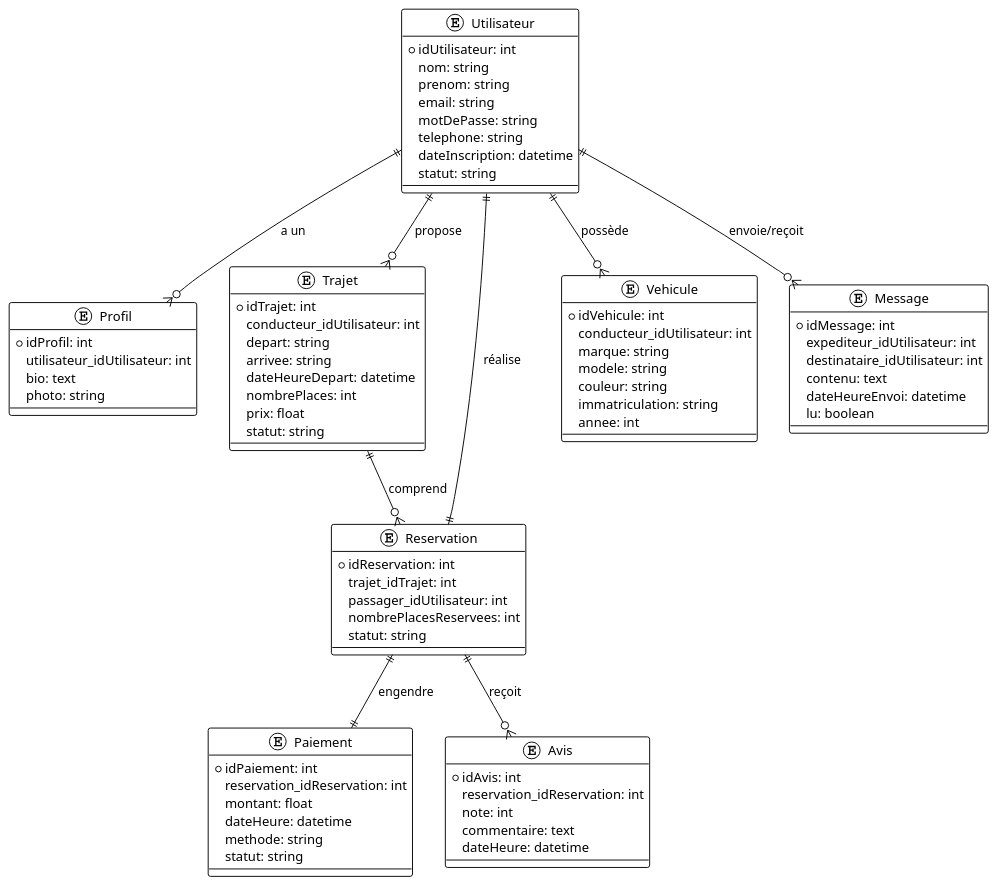
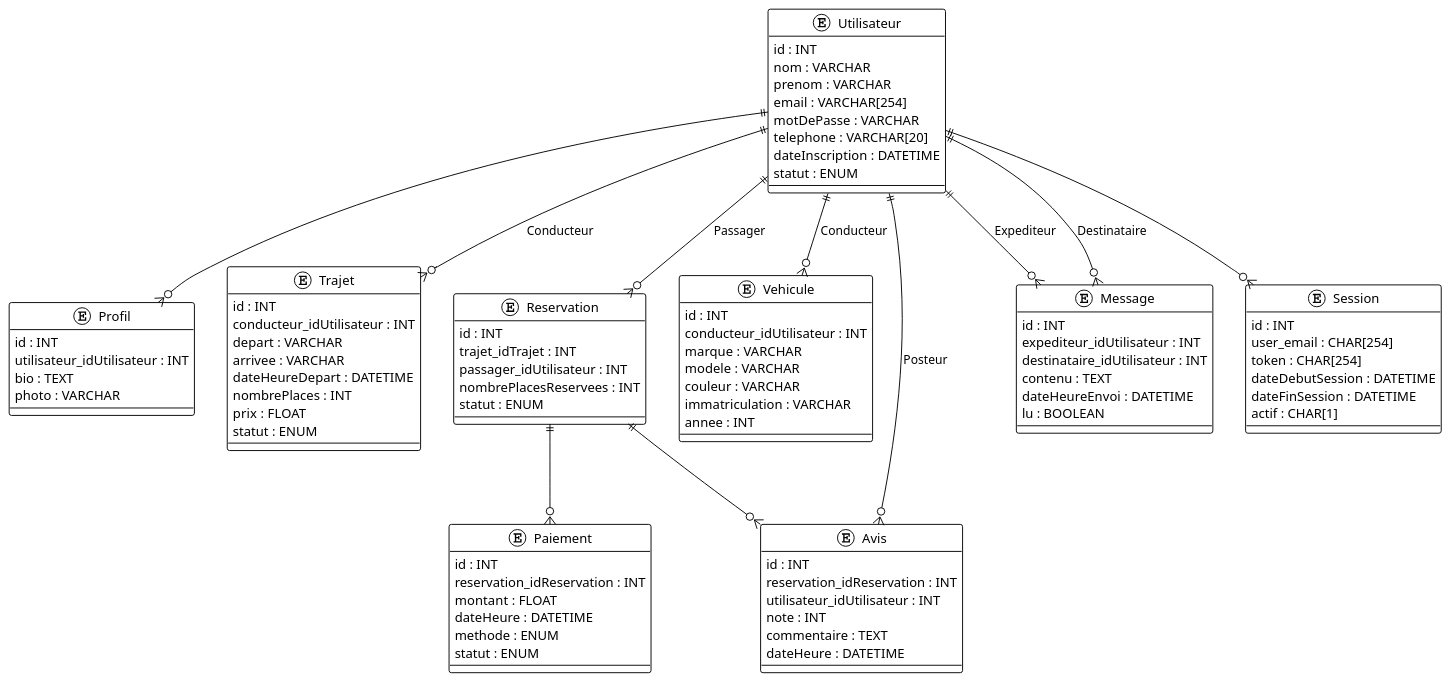
The diagram in SQL/MCD.puml (siyakoub/BokkoBackAPI), drawn with PlantUML before and after one commit. The commit also changed 13 other files, not shown here.

Commit message:
Développement de UserService ProfilService et ajout des procédure SQL crée dans leurs repository JPA respectifs

```diff
--- a/SQL/MCD.puml
+++ b/SQL/MCD.puml
@@ -1,86 +1,100 @@
 @startuml
 !theme plain
 
-entity "Utilisateur" as Utilisateur {
-  + idUtilisateur: int
-  nom: string
-  prenom: string
-  email: string
-  motDePasse: string
-  telephone: string
-  dateInscription: datetime
-  statut: string
+' Entités
+entity Utilisateur {
+    id : INT
+    nom : VARCHAR
+    prenom : VARCHAR
+    email : VARCHAR[254]
+    motDePasse : VARCHAR
+    telephone : VARCHAR[20]
+    dateInscription : DATETIME
+    statut : ENUM
 }
 
-entity "Profil" as Profil {
-  + idProfil: int
-  utilisateur_idUtilisateur: int
-  bio: text
-  photo: string
+entity Profil {
+    id : INT
+    utilisateur_idUtilisateur : INT
+    bio : TEXT
+    photo : VARCHAR
 }
 
-entity "Trajet" as Trajet {
-  + idTrajet: int
-  conducteur_idUtilisateur: int
-  depart: string
-  arrivee: string
-  dateHeureDepart: datetime
-  nombrePlaces: int
-  prix: float
-  statut: string
+entity Trajet {
+    id : INT
+    conducteur_idUtilisateur : INT
+    depart : VARCHAR
+    arrivee : VARCHAR
+    dateHeureDepart : DATETIME
+    nombrePlaces : INT
+    prix : FLOAT
+    statut : ENUM
 }
 
-entity "Reservation" as Reservation {
-  + idReservation: int
-  trajet_idTrajet: int
-  passager_idUtilisateur: int
-  nombrePlacesReservees: int
-  statut: string
+entity Reservation {
+    id : INT
+    trajet_idTrajet : INT
+    passager_idUtilisateur : INT
+    nombrePlacesReservees : INT
+    statut : ENUM
 }
 
-entity "Vehicule" as Vehicule {
-  + idVehicule: int
-  conducteur_idUtilisateur: int
-  marque: string
-  modele: string
-  couleur: string
-  immatriculation: string
-  annee: int
+entity Vehicule {
+    id : INT
+    conducteur_idUtilisateur : INT
+    marque : VARCHAR
+    modele : VARCHAR
+    couleur : VARCHAR
+    immatriculation : VARCHAR
+    annee : INT
 }
 
-entity "Paiement" as Paiement {
-  + idPaiement: int
-  reservation_idReservation: int
-  montant: float
-  dateHeure: datetime
-  methode: string
-  statut: string
+entity Paiement {
+    id : INT
+    reservation_idReservation : INT
+    montant : FLOAT
+    dateHeure : DATETIME
+    methode : ENUM
+    statut : ENUM
 }
 
-entity "Avis" as Avis {
-  + idAvis: int
-  reservation_idReservation: int
-  note: int
-  commentaire: text
-  dateHeure: datetime
+entity Avis {
+    id : INT
+    reservation_idReservation : INT
+    utilisateur_idUtilisateur : INT
+    note : INT
+    commentaire : TEXT
+    dateHeure : DATETIME
 }
 
-entity "Message" as Message {
-  + idMessage: int
-  expediteur_idUtilisateur: int
-  destinataire_idUtilisateur: int
-  contenu: text
-  dateHeureEnvoi: datetime
-  lu: boolean
+entity Message {
+    id : INT
+    expediteur_idUtilisateur : INT
+    destinataire_idUtilisateur : INT
+    contenu : TEXT
+    dateHeureEnvoi : DATETIME
+    lu : BOOLEAN
 }
 
-Utilisateur ||--o{ Profil : "a un"
-Utilisateur ||--o{ Trajet : "propose"
-Trajet ||--o{ Reservation : "comprend"
-Utilisateur ||--|| Reservation : "réalise"
-Utilisateur ||--o{ Vehicule : "possède"
-Reservation ||--|| Paiement : "engendre"
-Reservation ||--o{ Avis : "reçoit"
-Utilisateur ||--o{ Message : "envoie/reçoit"
+entity Session {
+    id : INT
+    user_email : CHAR[254]
+    token : CHAR[254]
+    dateDebutSession : DATETIME
+    dateFinSession : DATETIME
+    actif : CHAR[1]
+}
+
+' Relations
+Utilisateur ||--o{ Profil : ""
+Utilisateur ||--o{ Trajet : "Conducteur"
+Utilisateur ||--o{ Reservation : "Passager"
+Utilisateur ||--o{ Vehicule : "Conducteur"
+Reservation ||--o{ Paiement : ""
+Reservation ||--o{ Avis : ""
+Utilisateur ||--o{ Avis : "Posteur"
+Utilisateur ||--o{ Message : "Expediteur"
+Utilisateur ||--o{ Message : "Destinataire"
+Utilisateur ||--o{ Session : ""
 
 @enduml
```
